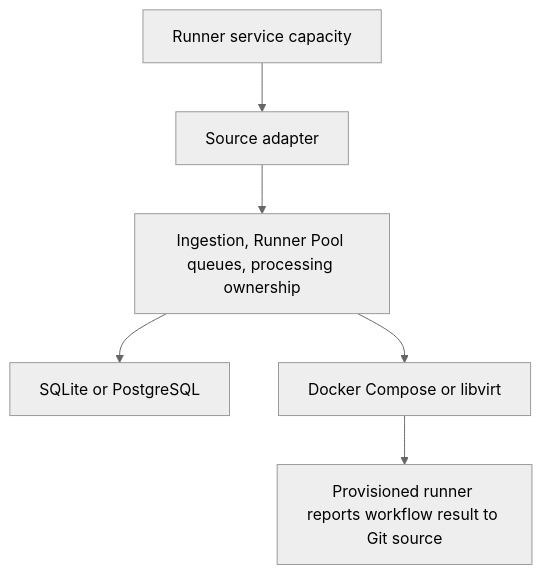
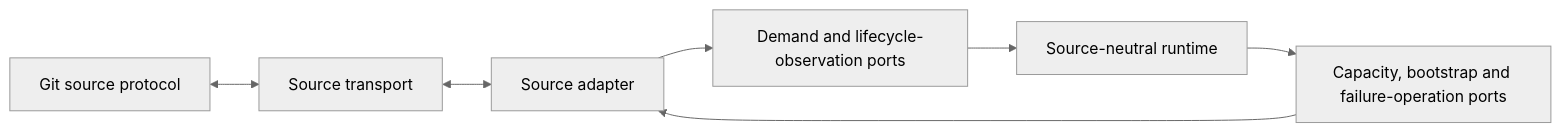
Before and after one commit to stateshifters/runnerfoundry: the first of 3 diagrams in docs/architecture.md, drawn with Mermaid (neutral theme). The commit also changed other lines of this file, not shown here.

Commit message:
docs: architectural update

````diff
--- a/docs/architecture.md
+++ b/docs/architecture.md
@@ -133,8 +84,9 @@
 ```mermaid
-flowchart TB
-    Adapter["Source adapter"] --> Core["Ingestion, Runner Pool queues, processing ownership"]
-    Core --> State["SQLite or PostgreSQL"]
-    Core --> Provider["Docker Compose or libvirt"]
-    Provider --> Source["Provisioned runner reports workflow result to Git source"]
-    Capacity["Runner service capacity"] --> Adapter
+flowchart LR
+    SourceProtocol["Git source protocol"] <--> SourceTransport["Source transport"]
+    SourceTransport <--> SourceAdapter["Source adapter"]
+    SourceAdapter --> Observations["Demand and lifecycle-observation ports"]
+    Observations --> Runtime["Source-neutral runtime"]
+    Runtime --> Operations["Capacity, bootstrap and failure-operation ports"]
+    Operations --> SourceAdapter
 ```
````
